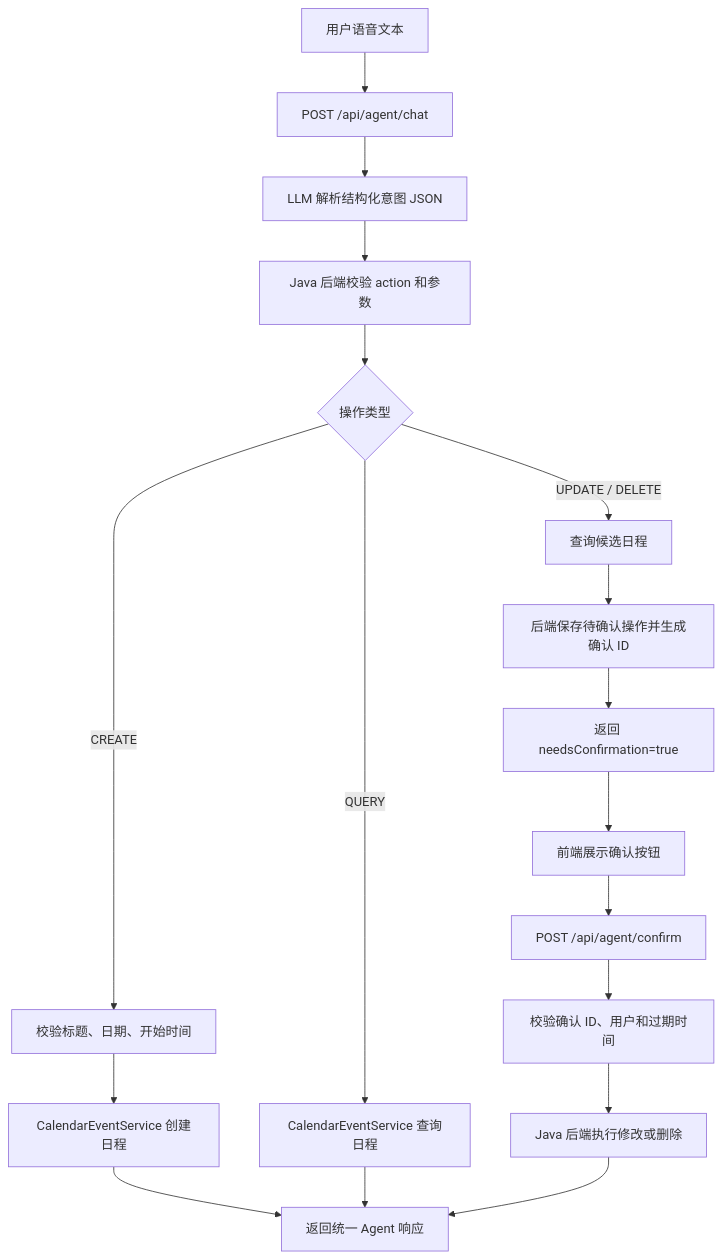
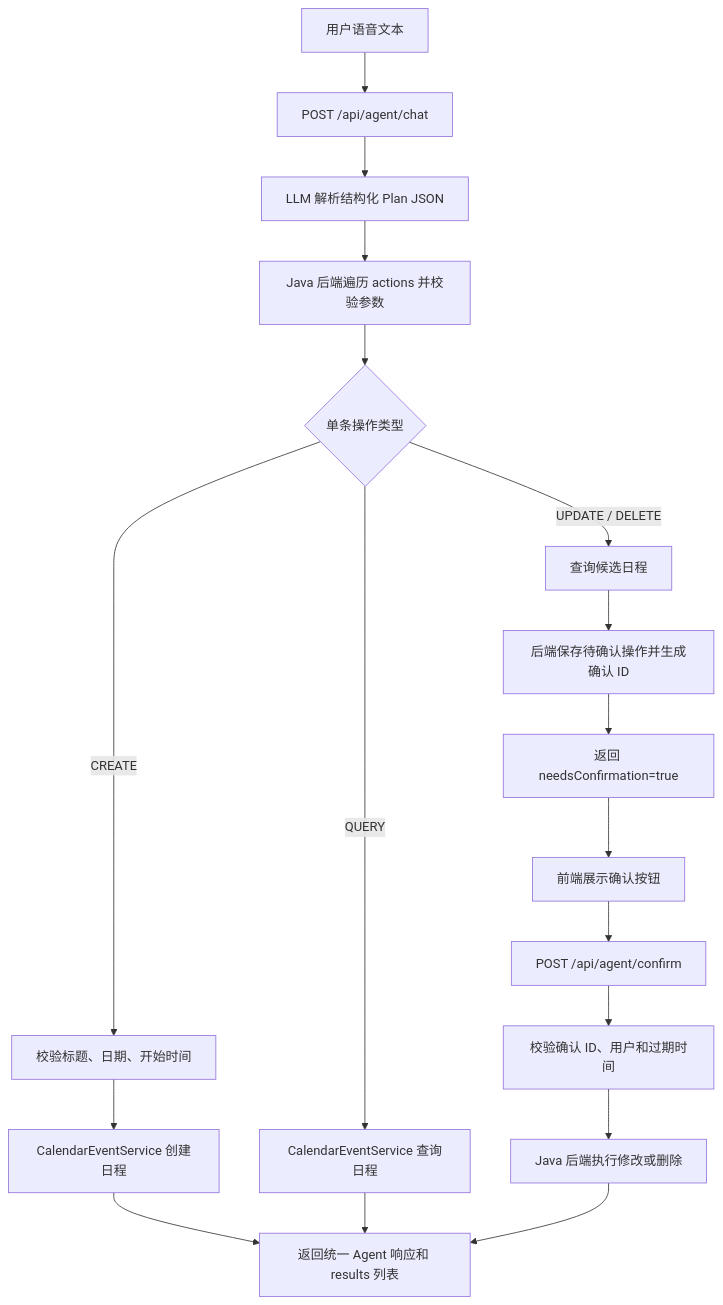
One commit to 519722490/Voice-Calendar changed the first of 3 diagrams in docs/agent-execution-modes.md. Above: the diagram before and after it, drawn with Mermaid. The commit also changed other lines of this file and 12 other files, not shown here.

````diff
--- a/docs/agent-execution-modes.md
+++ b/docs/agent-execution-modes.md
@@ -42,20 +61,20 @@
 ```mermaid
 flowchart TD
   A["用户语音文本"] --> B["POST /api/agent/chat"]
-  B --> C["LLM 解析结构化意图 JSON"]
-  C --> D["Java 后端校验 action 和参数"]
-  D --> E{"操作类型"}
+  B --> C["LLM 解析结构化 Plan JSON"]
+  C --> D["Java 后端遍历 actions 并校验参数"]
+  D --> E{"单条操作类型"}
   E -->|"CREATE"| F["校验标题、日期、开始时间"]
   F --> G["CalendarEventService 创建日程"]
   E -->|"QUERY"| H["CalendarEventService 查询日程"]
   E -->|"UPDATE / DELETE"| I["查询候选日程"]
   I --> J["后端保存待确认操作并生成确认 ID"]
   J --> K["返回 needsConfirmation=true"]
   K --> L["前端展示确认按钮"]
   L --> M["POST /api/agent/confirm"]
   M --> O["校验确认 ID、用户和过期时间"]
   O --> P["Java 后端执行修改或删除"]
-  G --> N["返回统一 Agent 响应"]
+  G --> N["返回统一 Agent 响应和 results 列表"]
   H --> N
   P --> N
 ```
````
